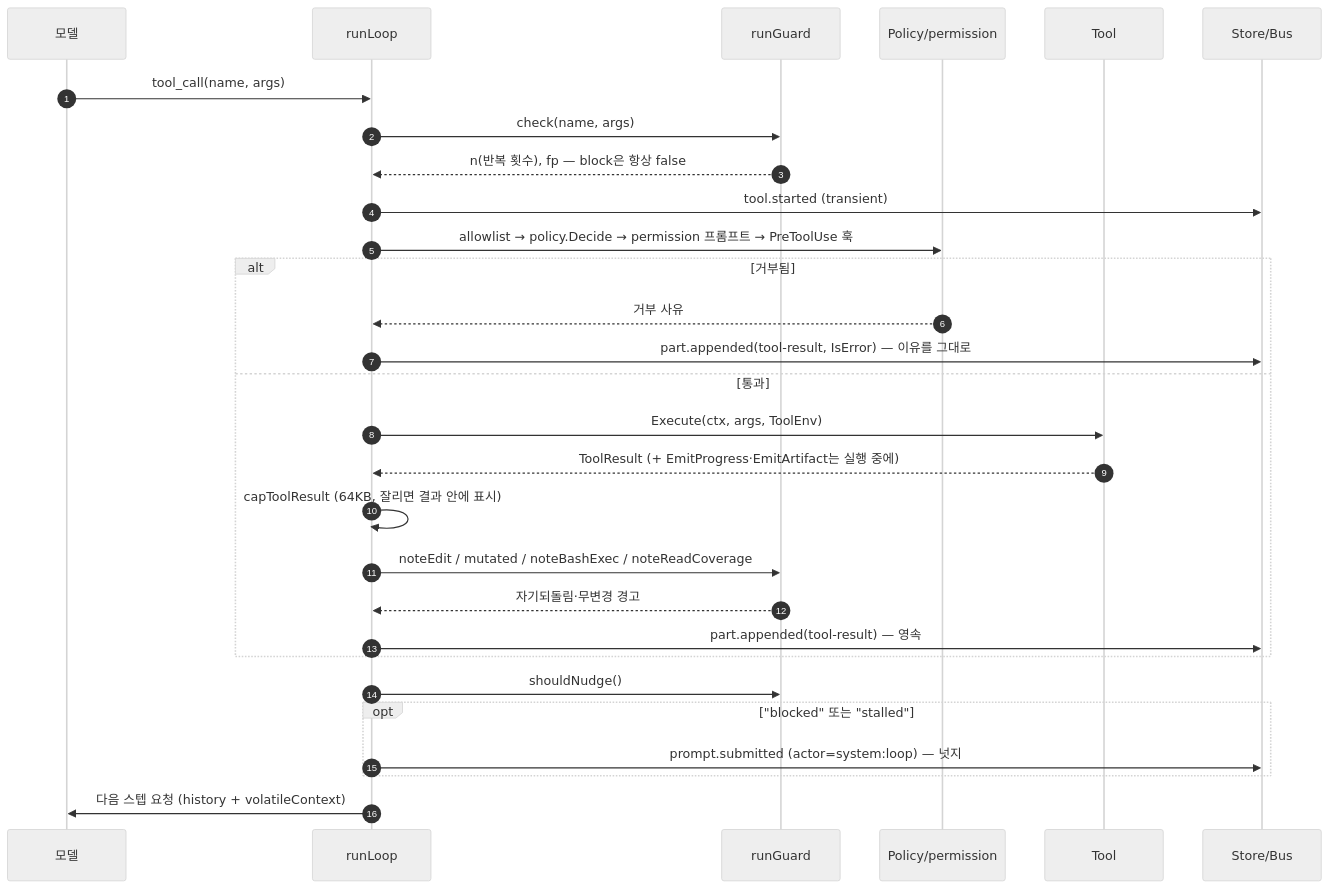
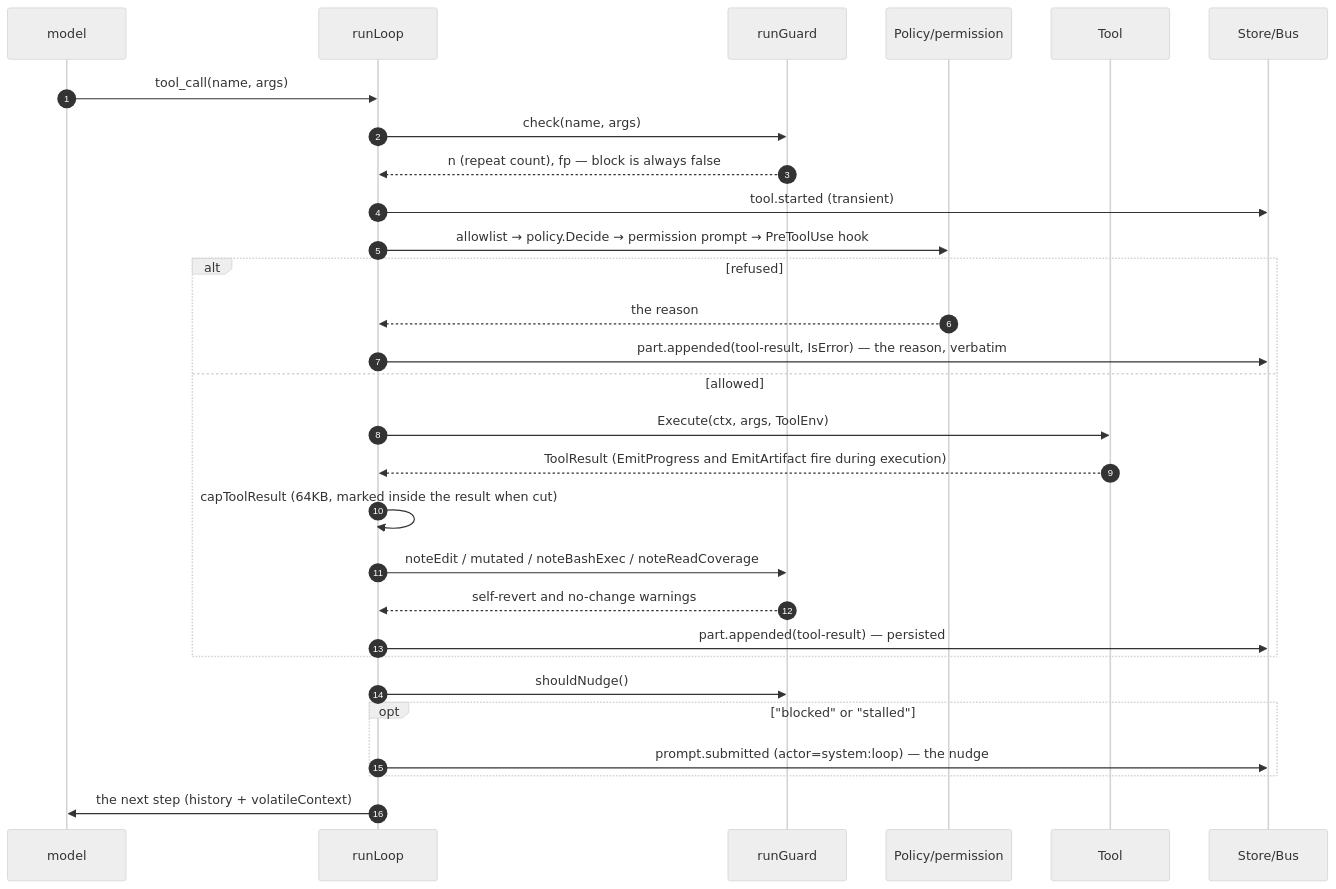
Before and after one commit to sayaya1090/magi: the tenth of 10 diagrams in docs/DIAGRAMS.md, drawn with Mermaid. The commit also changed other lines of this file and 5 other files, not shown here.

First line of the commit message:
docs: split DIAGRAMS into English and Korean

````diff
--- a/docs/DIAGRAMS.md
+++ b/docs/DIAGRAMS.md
@@ -678,33 +693,33 @@
 ```mermaid
 %%{init: {'theme':'neutral'}}%%
 sequenceDiagram
   autonumber
-  participant M as 모델
+  participant M as model
   participant L as runLoop
   participant G as runGuard
   participant P as Policy/permission
   participant T as Tool
   participant S as Store/Bus
 
   M->>L: tool_call(name, args)
   L->>G: check(name, args)
-  G-->>L: n(반복 횟수), fp — block은 항상 false
+  G-->>L: n (repeat count), fp — block is always false
   L->>S: tool.started (transient)
-  L->>P: allowlist → policy.Decide → permission 프롬프트 → PreToolUse 훅
-  alt 거부됨
-    P-->>L: 거부 사유
-    L->>S: part.appended(tool-result, IsError) — 이유를 그대로
-  else 통과
+  L->>P: allowlist → policy.Decide → permission prompt → PreToolUse hook
+  alt refused
+    P-->>L: the reason
+    L->>S: part.appended(tool-result, IsError) — the reason, verbatim
+  else allowed
     L->>T: Execute(ctx, args, ToolEnv)
-    T-->>L: ToolResult (+ EmitProgress·EmitArtifact는 실행 중에)
-    L->>L: capToolResult (64KB, 잘리면 결과 안에 표시)
+    T-->>L: ToolResult (EmitProgress and EmitArtifact fire during execution)
+    L->>L: capToolResult (64KB, marked inside the result when cut)
     L->>G: noteEdit / mutated / noteBashExec / noteReadCoverage
-    G-->>L: 자기되돌림·무변경 경고
-    L->>S: part.appended(tool-result) — 영속
+    G-->>L: self-revert and no-change warnings
+    L->>S: part.appended(tool-result) — persisted
   end
   L->>G: shouldNudge()
-  opt "blocked" 또는 "stalled"
-    L->>S: prompt.submitted (actor=system:loop) — 넛지
+  opt "blocked" or "stalled"
+    L->>S: prompt.submitted (actor=system:loop) — the nudge
   end
-  L->>M: 다음 스텝 요청 (history + volatileContext)
+  L->>M: the next step (history + volatileContext)
 ```
````
